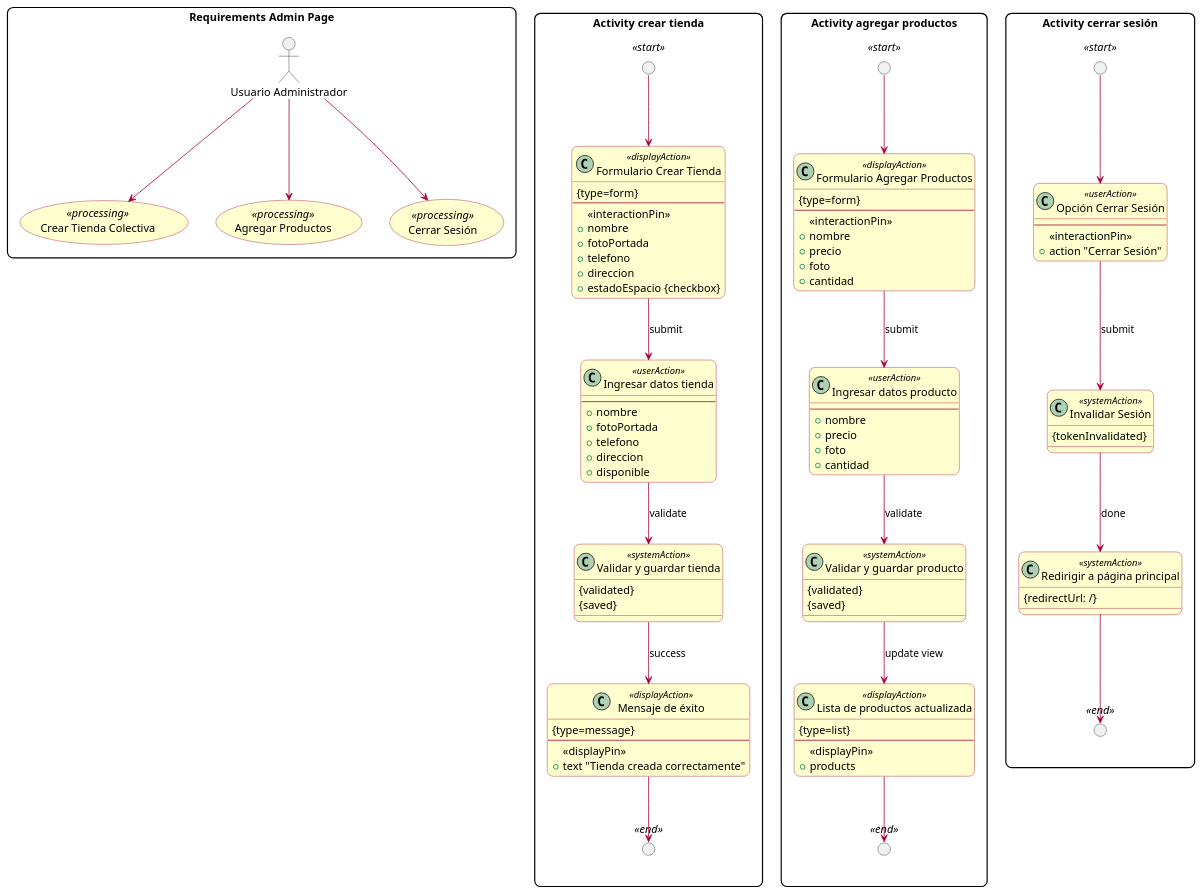
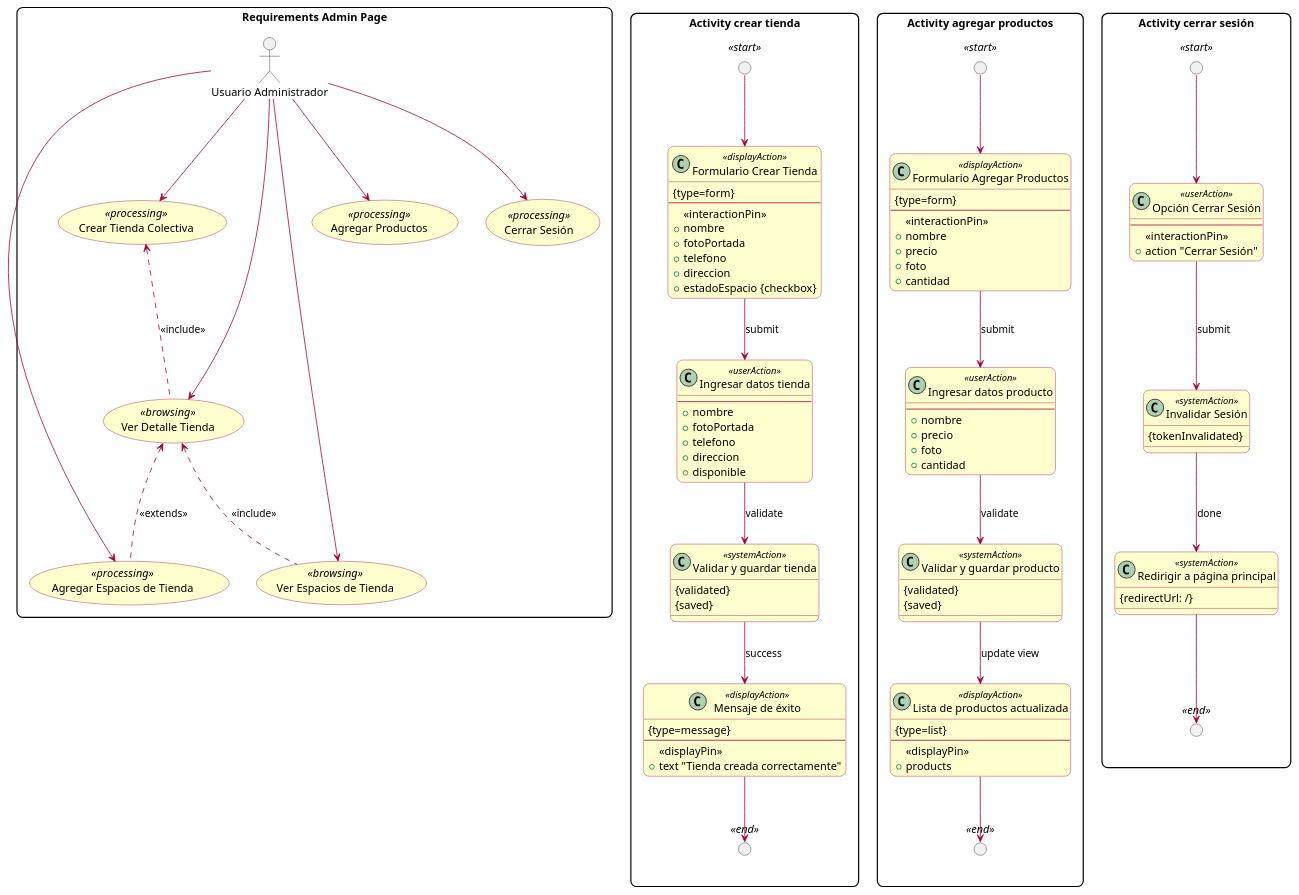
One commit to AtomicDevelopers/UWE-Tienda-Colectiva changed the diagram in Requirements Model/Admin Page/adminPage_requirements.puml. Above: the diagram before and after it, drawn with PlantUML.

Commit message:
docs: Adding new Use cases for Admin User

```diff
--- a/Requirements Model/Admin Page/adminPage_requirements.puml
+++ b/Requirements Model/Admin Page/adminPage_requirements.puml
@@ -1,138 +1,148 @@
 @startuml adminPage_requirements
 allow_mixing
 
 skinparam shadow false
 skinparam packageStyle rectangle
 skinparam roundCorner 15
 skinparam class {
   BackgroundColor #FEFECE
   BorderColor #A80036
   ArrowColor #A80036
 }
 skinparam usecase {
   BackgroundColor #FEFECE
   BorderColor #A80036
   ArrowColor #A80036
 }
 
 package "Requirements Admin Page" {
   actor "Usuario Administrador" as Admin
   
   usecase "Crear Tienda Colectiva" as CreateShop <<processing>>
+  usecase "Ver Detalle Tienda" as ViewShopDetail <<browsing>>
+  usecase "Agregar Espacios de Tienda" as AddShopSpaces <<processing>>
+  usecase "Ver Espacios de Tienda" as ViewShopSpaces <<browsing>>
   usecase "Agregar Productos" as AddProduct <<processing>>
   usecase "Cerrar Sesión" as Logout <<processing>>
 }
 
 Admin --> CreateShop
 Admin --> AddProduct
 Admin --> Logout
+Admin --> ViewShopDetail
+Admin --> ViewShopSpaces
+Admin --> AddShopSpaces
+
+CreateShop <.. ViewShopDetail : <<include>>
+ViewShopDetail <.. ViewShopSpaces : <<include>>
+ViewShopDetail <.. AddShopSpaces : <<extends>>
 
 package "Activity crear tienda" {
   circle " " as CS_Start <<start>>
   circle " " as CS_End <<end>>
   skinparam circleBackgroundColor black
 
   class "Formulario Crear Tienda" as CS_Form <<displayAction>> {
     {type=form}
     --
     <<interactionPin>>
     + nombre
     + fotoPortada
     + telefono
     + direccion
     + estadoEspacio {checkbox}
   }
   
   class "Ingresar datos tienda" as CS_Input <<userAction>> {
     --
     + nombre
     + fotoPortada
     + telefono
     + direccion
     + disponible
   }
   
   class "Validar y guardar tienda" as CS_Process <<systemAction>> {
     {validated}
     {saved}
   }
 
   class "Mensaje de éxito" as CS_Success <<displayAction>> {
     {type=message}
     --
     <<displayPin>>
     + text "Tienda creada correctamente"
   }
   
   CS_Start --> CS_Form
   CS_Form --> CS_Input : submit
   CS_Input --> CS_Process : validate
   CS_Process --> CS_Success : success
   CS_Success --> CS_End
 }
 
 package "Activity agregar productos" {
   circle " " as AP_Start <<start>>
   circle " " as AP_End <<end>>
 
   class "Formulario Agregar Productos" as AP_Form <<displayAction>> {
     {type=form}
     --
     <<interactionPin>>
     + nombre
     + precio
     + foto
     + cantidad
   }
   
   class "Ingresar datos producto" as AP_Input <<userAction>> {
     --
     + nombre
     + precio
     + foto
     + cantidad
   }
   
   class "Validar y guardar producto" as AP_Process <<systemAction>> {
     {validated}
     {saved}
   }
   
   class "Lista de productos actualizada" as AP_List <<displayAction>> {
     {type=list}
     --
     <<displayPin>>
     + products
   }
   
   AP_Start --> AP_Form
   AP_Form --> AP_Input : submit
   AP_Input --> AP_Process : validate
   AP_Process --> AP_List : update view
   AP_List --> AP_End
 }
 
 package "Activity cerrar sesión" {
   circle " " as LO_Start <<start>>
   circle " " as LO_End <<end>>
 
   class "Opción Cerrar Sesión" as LO_Opt <<userAction>> {
     --
     <<interactionPin>>
     + action "Cerrar Sesión"
   }
   
   class "Invalidar Sesión" as LO_Process <<systemAction>> {
     {tokenInvalidated}
   }
   
   class "Redirigir a página principal" as LO_Redirect <<systemAction>> {
     {redirectUrl: /}
   }
 
   LO_Start --> LO_Opt 
   LO_Opt --> LO_Process : submit
   LO_Process --> LO_Redirect : done
   LO_Redirect --> LO_End
 }
 @enduml
```
